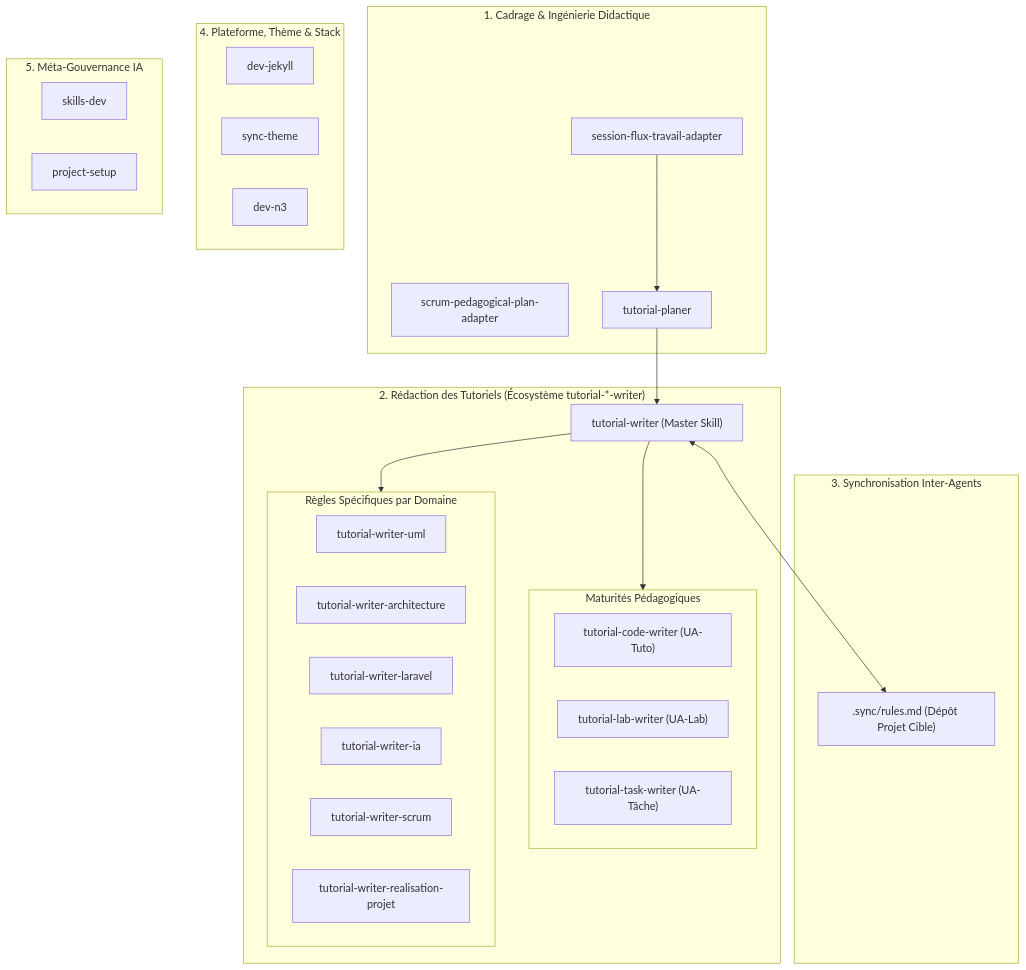
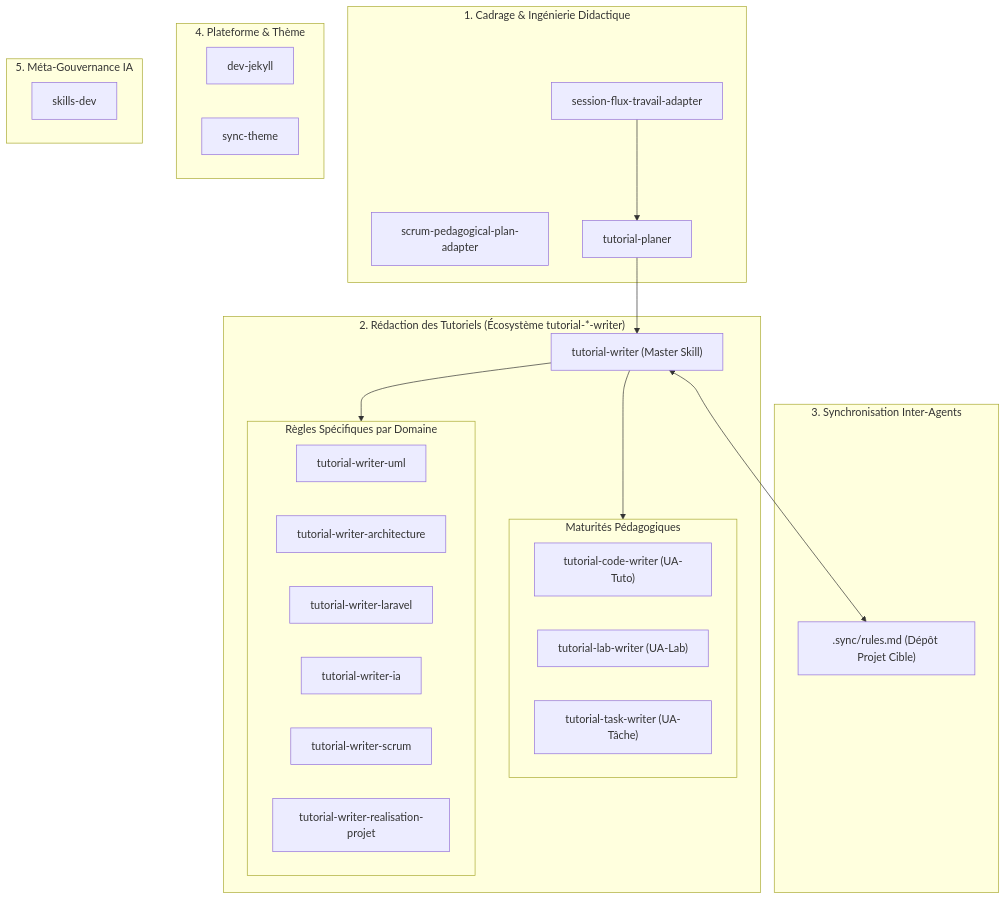
Before and after one commit to solicode-web-mobile/autoformations-professionaliser: the diagram in .agents/README.md, drawn with Mermaid. The commit also changed other lines of this file and 3 other files, not shown here.

````diff
--- a/.agents/README.md
+++ b/.agents/README.md
@@ -11,46 +11,44 @@
 ```mermaid
 flowchart TD
     subgraph Cadrage ["1. Cadrage & Ingénierie Didactique"]
         Adapter["session-flux-travail-adapter"]
         Scrum["scrum-pedagogical-plan-adapter"]
         Planer["tutorial-planer"]
     end
 
     subgraph Redaction ["2. Rédaction des Tutoriels (Écosystème tutorial-*-writer)"]
         Master["tutorial-writer (Master Skill)"]
         subgraph Formats ["Maturités Pédagogiques"]
             Code["tutorial-code-writer (UA-Tuto)"]
             Lab["tutorial-lab-writer (UA-Lab)"]
             Task["tutorial-task-writer (UA-Tâche)"]
         end
         subgraph Domaines ["Règles Spécifiques par Domaine"]
             DomUml["tutorial-writer-uml"]
             DomArch["tutorial-writer-architecture"]
             DomLar["tutorial-writer-laravel"]
             DomIA["tutorial-writer-ia"]
             DomScrum["tutorial-writer-scrum"]
             DomProj["tutorial-writer-realisation-projet"]
         end
     end
 
     subgraph Synchronisation ["3. Synchronisation Inter-Agents"]
         SyncRules[".sync/rules.md (Dépôt Projet Cible)"]
     end
 
-    subgraph Socle ["4. Plateforme, Thème & Stack"]
+    subgraph Socle ["4. Plateforme & Thème"]
         Jekyll["dev-jekyll"]
         Theme["sync-theme"]
-        N3["dev-n3"]
     end
 
     subgraph Gouvernance ["5. Méta-Gouvernance IA"]
         PluginDev["skills-dev"]
-        Setup["project-setup"]
     end
 
     Adapter --> Planer
     Planer --> Master
     Master --> Formats
     Master --> Domaines
     Master <--> SyncRules
 ```
````
